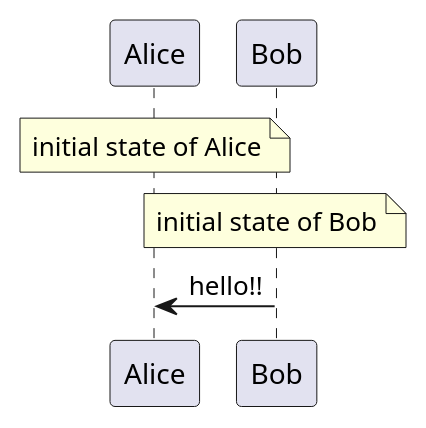
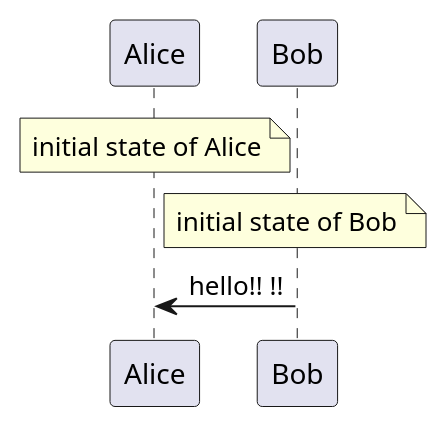
The diagram in diagram.puml (karhidle/test-diagrams), drawn with PlantUML before and after one commit. The commit also changed 1 other file, not shown here.

```diff
--- a/diagram.puml
+++ b/diagram.puml
@@ -1,5 +1,5 @@
 @startuml
 note over Alice : initial state of Alice
 note over Bob : initial state of Bob
-Bob -> Alice : hello!!
+Bob -> Alice : hello!! !!
 @enduml
```
